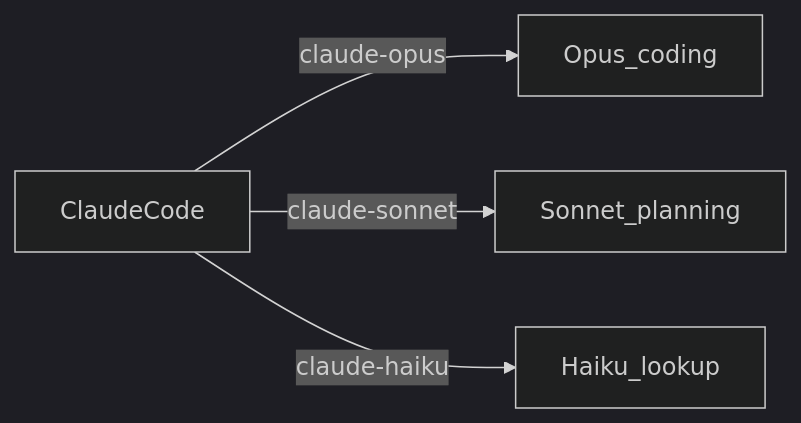
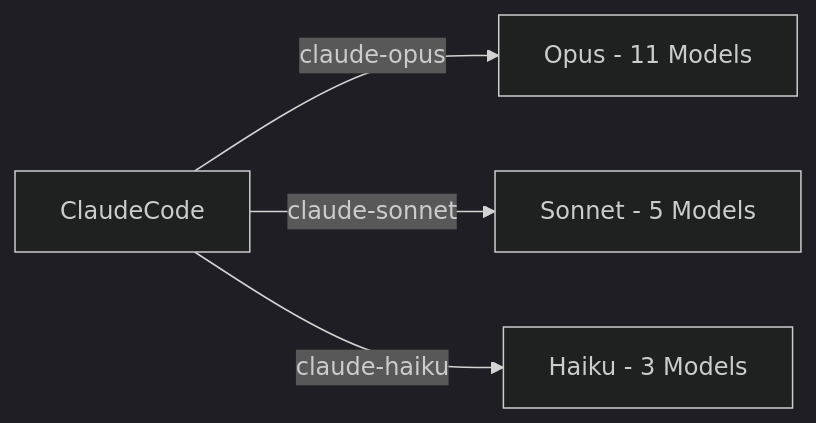
Before and after one commit to mahik504/limitless-claude: the diagram in README.md, drawn with Mermaid (dark theme). The commit also changed other lines of this file, not shown here.

````diff
--- a/README.md
+++ b/README.md
@@ -11,10 +32,10 @@
 ```mermaid
 flowchart LR
   claudeCode[ClaudeCode]
-  opus[Opus_coding]
-  sonnet[Sonnet_planning]
-  haiku[Haiku_lookup]
+  opus[Opus - 11 Models]
+  sonnet[Sonnet - 5 Models]
+  haiku[Haiku - 3 Models]
   claudeCode -->|"claude-opus"| opus
   claudeCode -->|"claude-sonnet"| sonnet
   claudeCode -->|"claude-haiku"| haiku
 ```
````
